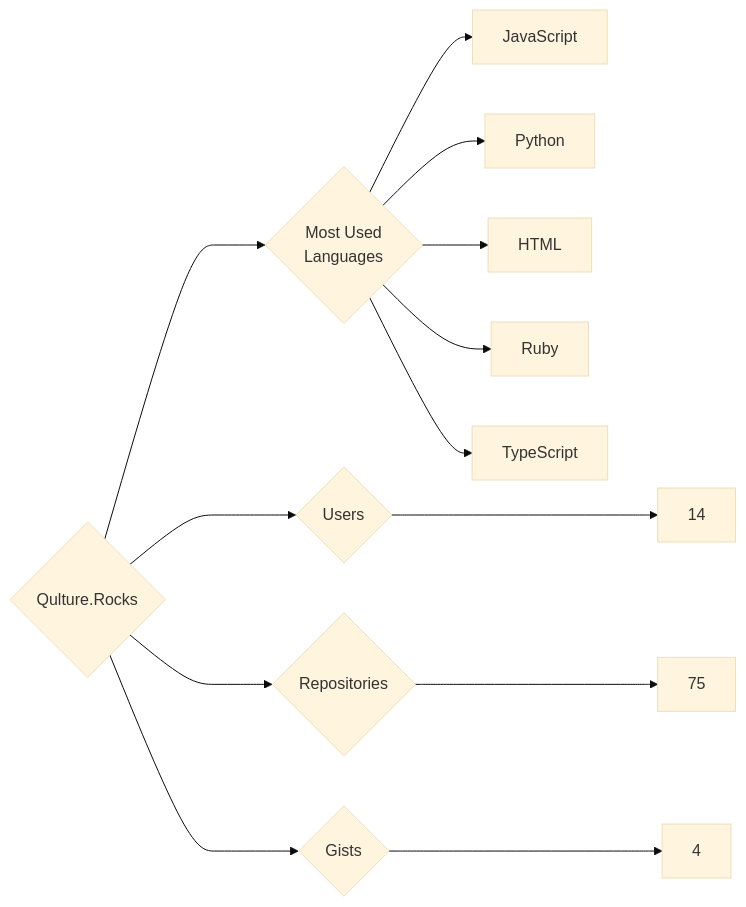
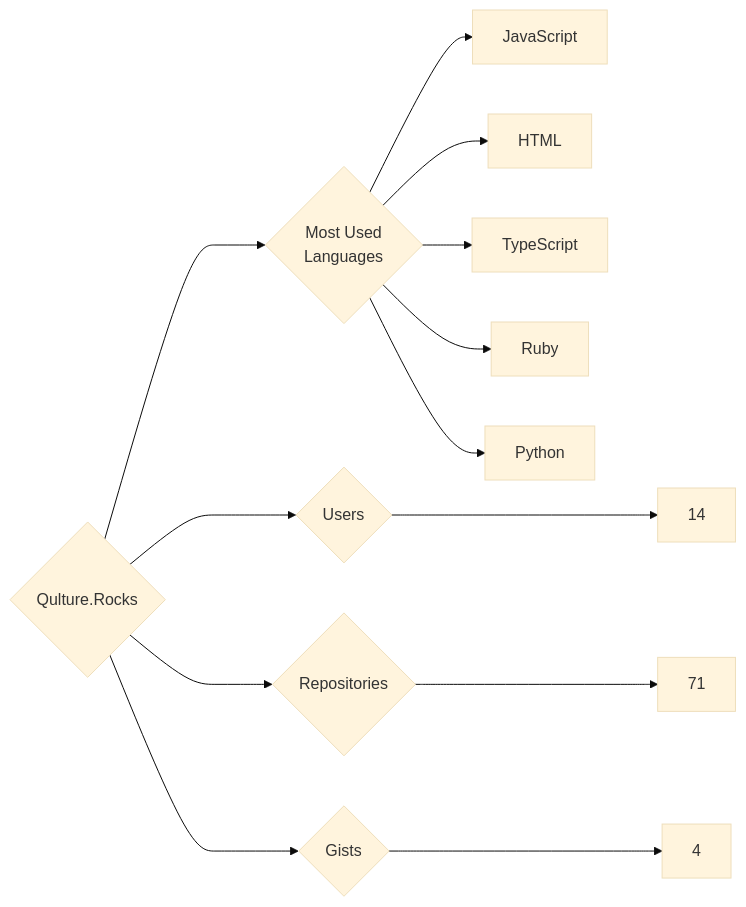
The diagram in targets/Qulture.Rocks/README.md (trickest/insiders), drawn with Mermaid (base theme) before and after one commit. The commit also changed 1011 other files, not shown here.

````diff
--- a/targets/Qulture.Rocks/README.md
+++ b/targets/Qulture.Rocks/README.md
@@ -3,13 +3,13 @@
 ```mermaid
 graph LR
 COMPANY_NAME{Qulture.Rocks}
 COMPANY_NAME ---> U{Users} ---> UN[14]
-COMPANY_NAME ---> R{Repositories} ---> RN[75]
+COMPANY_NAME ---> R{Repositories} ---> RN[71]
 COMPANY_NAME ---> G{Gists} ---> GN[4]
 COMPANY_NAME ---> ML{Most Used<br>Languages}
 ML --> JavaScript[JavaScript]
+ML --> HTML[HTML]
+ML --> TypeScript[TypeScript]
+ML --> Ruby[Ruby]
 ML --> Python[Python]
-ML --> HTML[HTML]
-ML --> Ruby[Ruby]
-ML --> TypeScript[TypeScript]
 ```
````
